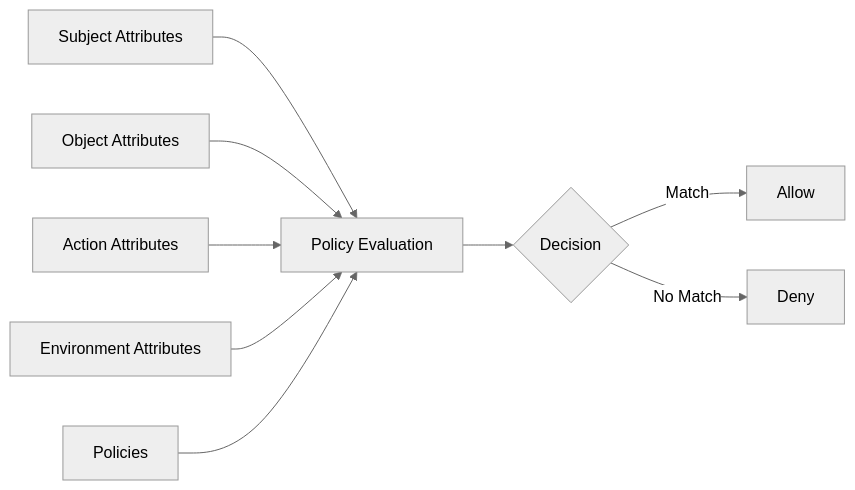
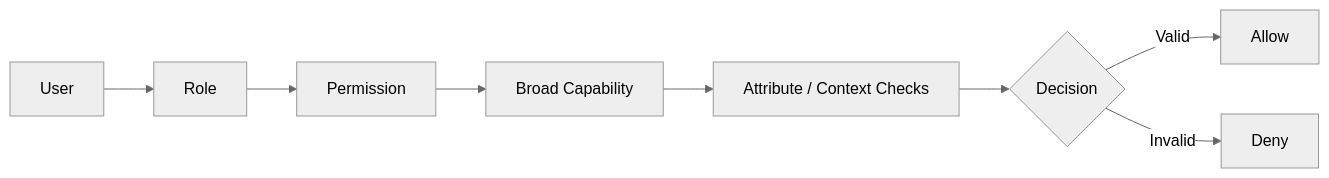
The first of 9 diagrams in src/content/security/rbac-vs-abac.md (AvadhBhalodiya/Interview-Preparation), drawn with Mermaid (neutral theme) before and after one commit. The commit also changed other lines of this file and 54 other files, not shown here.

````diff
--- a/src/content/security/rbac-vs-abac.md
+++ b/src/content/security/rbac-vs-abac.md
@@ -21,11 +22,10 @@
 ```mermaid
 flowchart LR
-    S[Subject Attributes] --> PE[Policy Evaluation]
-    O[Object Attributes] --> PE
-    A[Action Attributes] --> PE
-    E[Environment Attributes] --> PE
-    P[Policies] --> PE
-    PE --> D{Decision}
-    D -->|Match| Allow
-    D -->|No Match| Deny
+    U[User] --> R[Role]
+    R --> P[Permission]
+    P --> C[Broad Capability]
+    C --> A[Attribute / Context Checks]
+    A --> D{Decision}
+    D -->|Valid| ALLOW[Allow]
+    D -->|Invalid| DENY[Deny]
 ```
````
